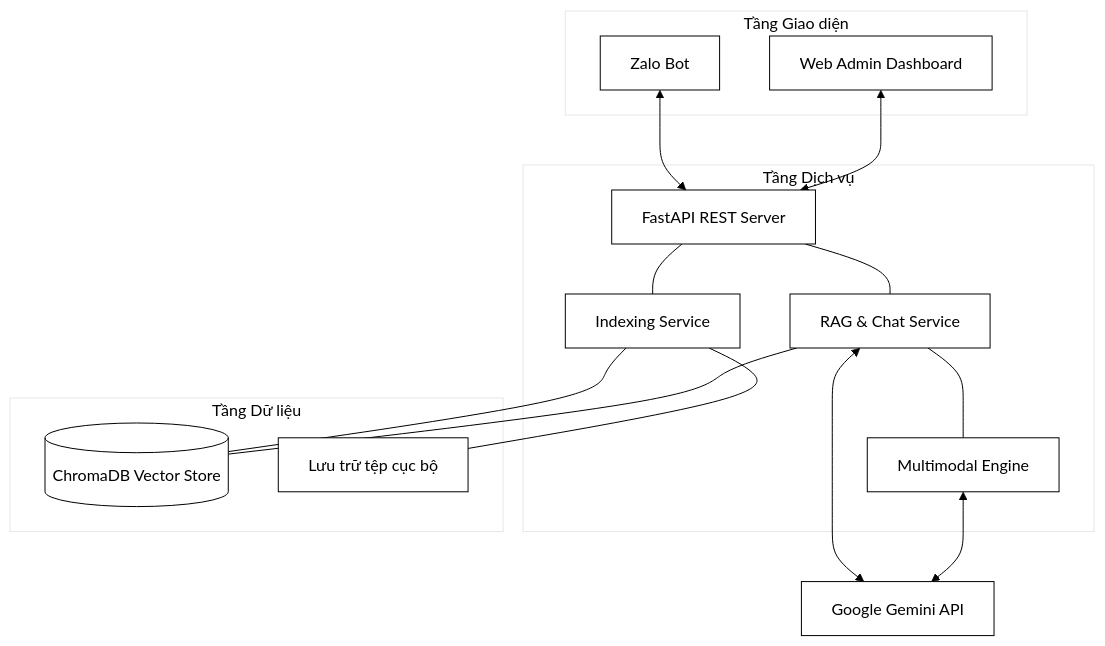
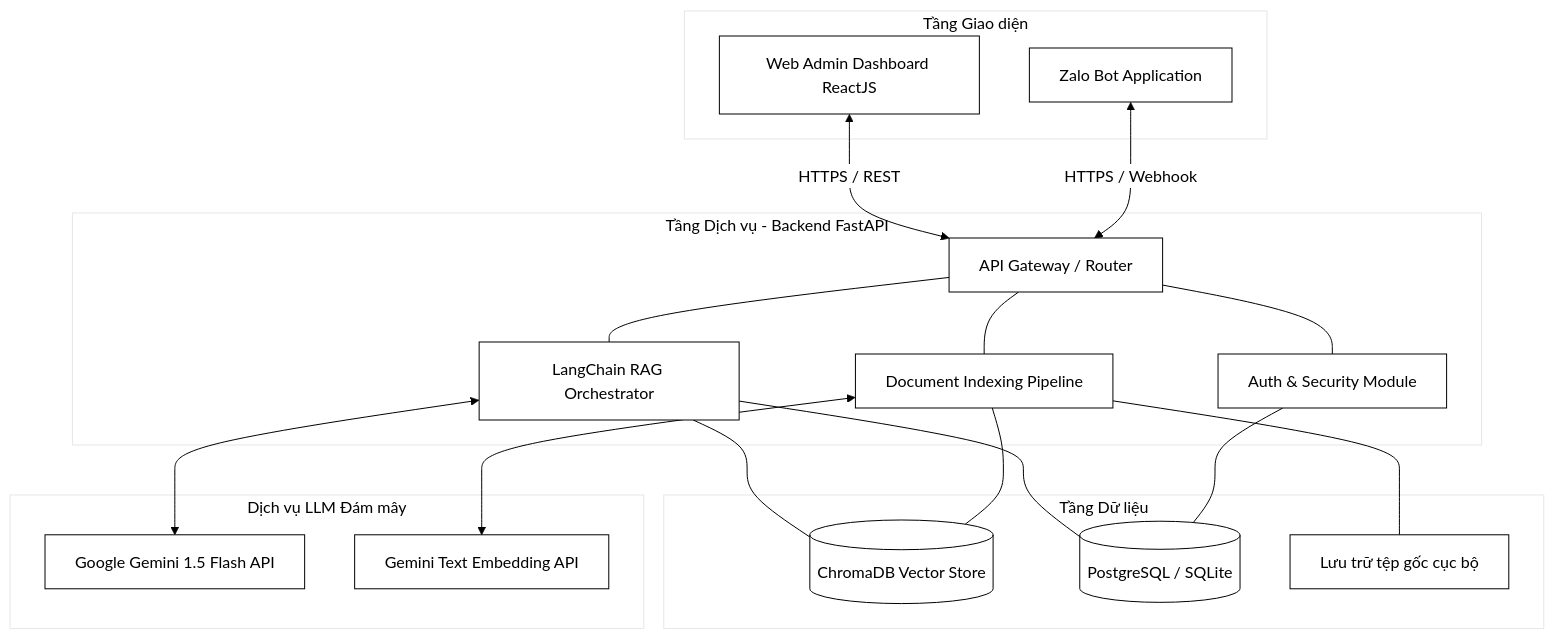
The third of 5 diagrams in thesis/Document_Planing/Content/2_Chuong2.md (tranhongs0n/DATN), drawn with Mermaid before and after one commit. The commit also changed other lines of this file and 60 other files, not shown here.

````diff
--- a/thesis/Document_Planing/Content/2_Chuong2.md
+++ b/thesis/Document_Planing/Content/2_Chuong2.md
@@ -67,31 +112,40 @@
 ```mermaid
 %%{init: {'theme': 'base', 'themeVariables': { 'primaryColor': '#ffffff', 'primaryBorderColor': '#000000', 'primaryTextColor': '#000000', 'lineColor': '#000000', 'background': '#ffffff'}}}%%
 graph TD
     subgraph UI [Tầng Giao diện]
-        Z[Zalo Bot]
-        W[Web Admin Dashboard]
+        Z[Zalo Bot Application]
+        W[Web Admin Dashboard ReactJS]
     end
 
-    subgraph Service [Tầng Dịch vụ]
-        API[FastAPI REST Server]
-        RAG[RAG & Chat Service]
-        IX[Indexing Service]
-        MME[Multimodal Engine]
+    subgraph Service [Tầng Dịch vụ - Backend FastAPI]
+        API[API Gateway / Router]
+        RAG[LangChain RAG Orchestrator]
+        IX[Document Indexing Pipeline]
+        SEC[Auth & Security Module]
+        
+        API --- SEC
         API --- RAG
         API --- IX
-        RAG --- MME
+    end
+
+    subgraph LLM_Cloud [Dịch vụ LLM Đám mây]
+        Gemini[Google Gemini 1.5 Flash API]
+        Embed[Gemini Text Embedding API]
     end
 
     subgraph Data [Tầng Dữ liệu]
         DB[(ChromaDB Vector Store)]
-        FS[Lưu trữ tệp cục bộ]
-        IX --- DB
-        IX --- FS
-        RAG --- DB
+        SQL[(PostgreSQL / SQLite)]
+        FS[Lưu trữ tệp gốc cục bộ]
     end
 
-    Z <--> API
-    W <--> API
-    RAG <--> Gemini[Google Gemini API]
-    MME <--> Gemini
+    Z <-->|HTTPS / Webhook| API
+    W <-->|HTTPS / REST| API
+    RAG <--> Gemini
+    IX <--> Embed
+    IX --- DB
+    IX --- FS
+    RAG --- DB
+    SEC --- SQL
+    RAG --- SQL
 ```
````
